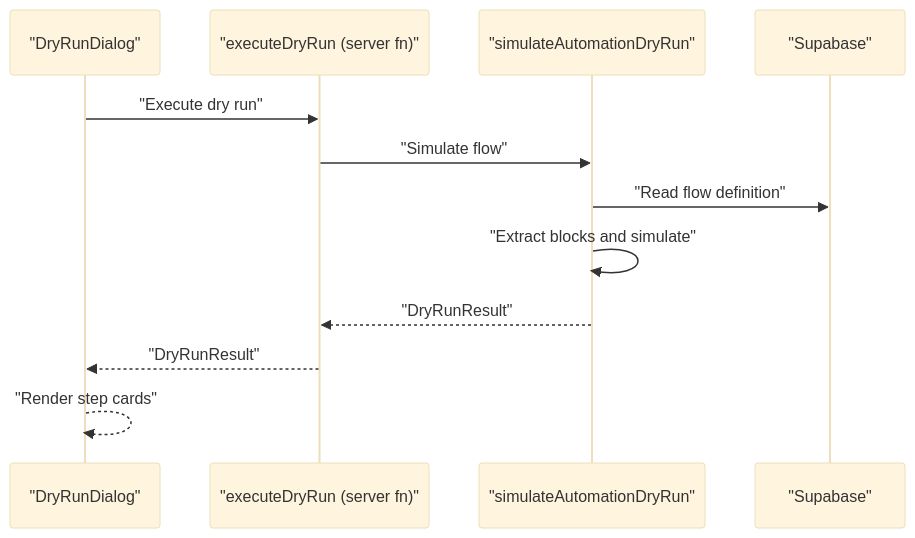
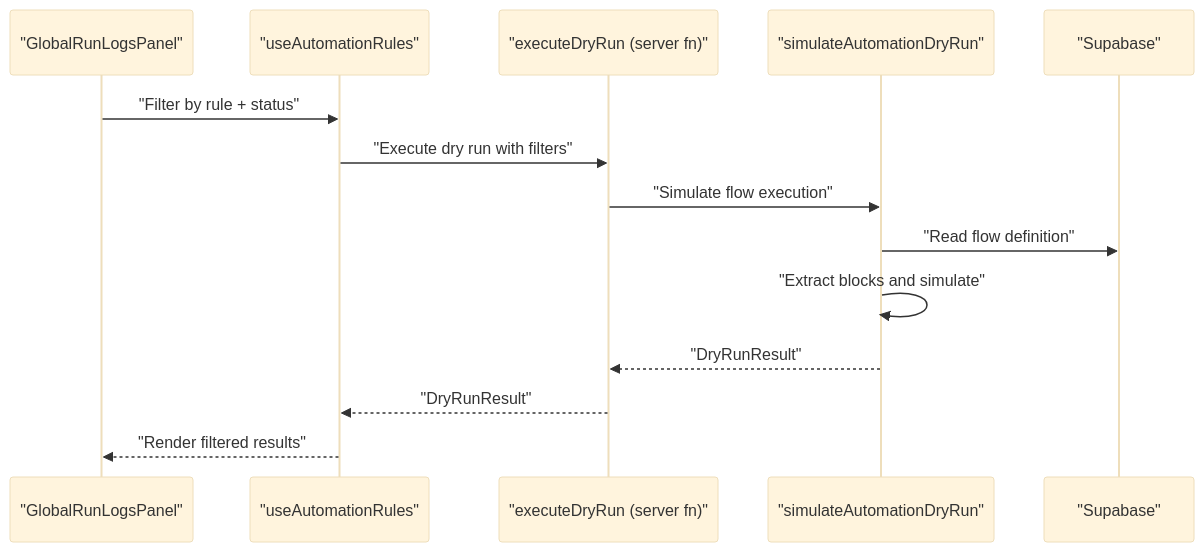
The seventh of 9 diagrams in .qoder/repowiki/en/content/Automation System/Automation Monitoring and Logs.md (gastaldellomarco/pcReady), drawn with Mermaid (base theme) before and after one commit. The commit also changed other lines of this file and 19 other files, not shown here.

First line of the commit message:
feat(automation): enhance Automation Flow Builder with dual-mode design and advanced UI

````diff
--- a/.qoder/repowiki/en/content/Automation System/Automation Monitoring and Logs.md
+++ b/.qoder/repowiki/en/content/Automation System/Automation Monitoring and Logs.md
@@ -246,14 +380,16 @@
 ```mermaid
 sequenceDiagram
-participant UI as "DryRunDialog"
+participant UI as "GlobalRunLogsPanel"
+participant Hook as "useAutomationRules"
 participant SF as "executeDryRun (server fn)"
 participant RT as "simulateAutomationDryRun"
 participant DB as "Supabase"
-UI->>SF : "Execute dry run"
-SF->>RT : "Simulate flow"
+UI->>Hook : "Filter by rule + status"
+Hook->>SF : "Execute dry run with filters"
+SF->>RT : "Simulate flow execution"
 RT->>DB : "Read flow definition"
 RT->>RT : "Extract blocks and simulate"
 RT-->>SF : "DryRunResult"
-SF-->>UI : "DryRunResult"
-UI-->>UI : "Render step cards"
+SF-->>Hook : "DryRunResult"
+Hook-->>UI : "Render filtered results"
 ```
````
